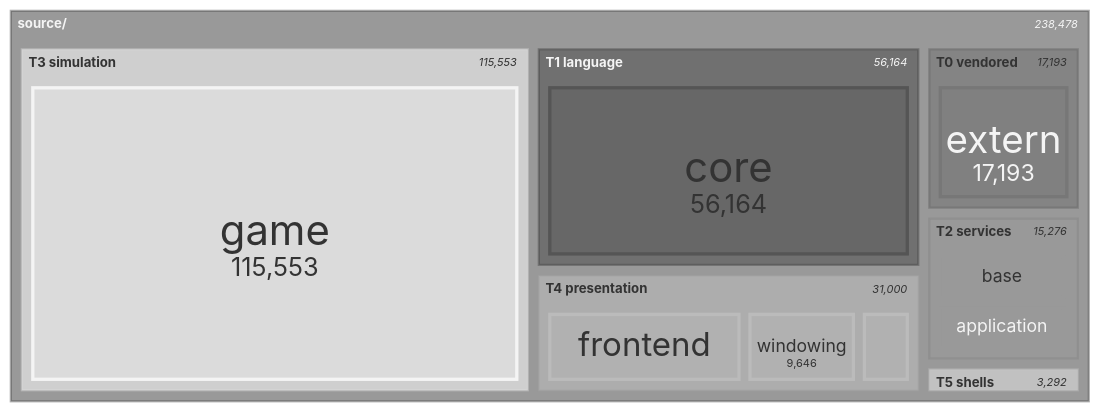
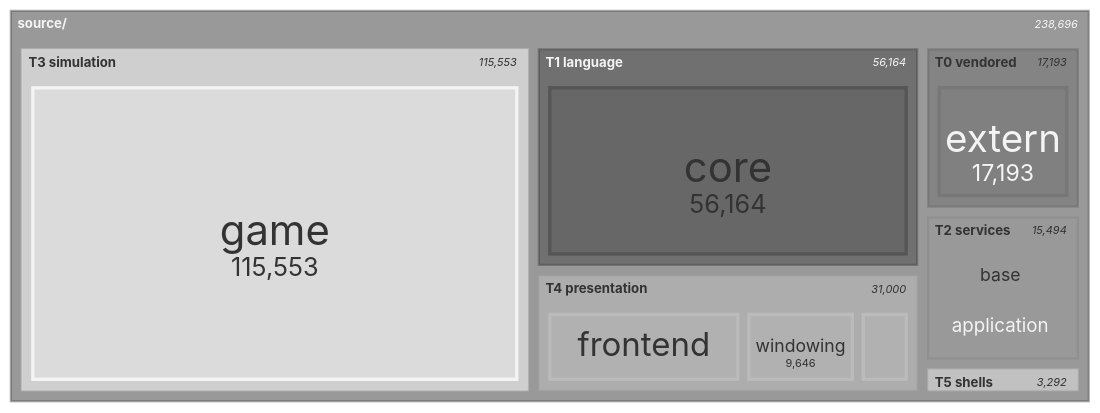
The seventh of 11 diagrams in docs/architecture/system-boundaries.md (apnex/OpenStarbound), drawn with Mermaid (neutral theme) before and after one commit. The commit also changed other lines of this file and 4 other files, not shown here.

````diff
--- a/docs/architecture/system-boundaries.md
+++ b/docs/architecture/system-boundaries.md
@@ -587,22 +587,22 @@
 ```mermaid
 treemap-beta
 "source/"
     "T0 vendored"
         "extern": 17193
     "T1 language"
         "core": 56164
     "T2 services"
         "base": 7449
         "application": 7444
-        "metrics": 241
+        "metrics": 459
         "platform": 142
     "T3 simulation"
         "game": 115553
     "T4 presentation"
         "frontend": 16863
         "windowing": 9646
         "rendering": 4491
     "T5 shells"
         "client": 2509
         "server": 783
 ```
````
